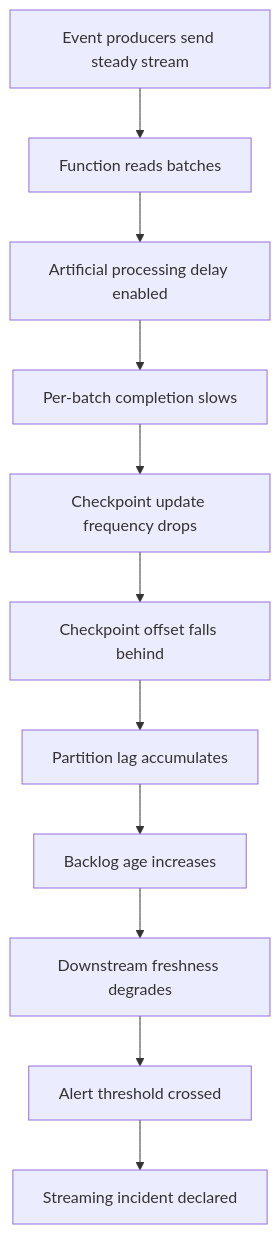
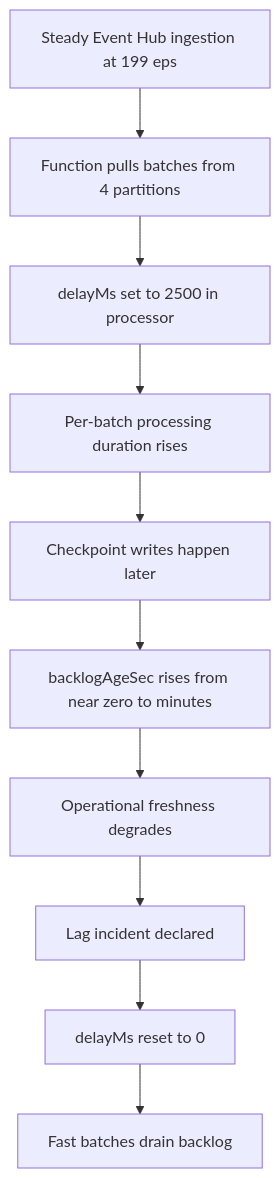
The first of 5 diagrams in docs/troubleshooting/lab-guides/event-hub-checkpoint-lag.md (yeongseon/azure-functions-practical-guide), drawn with Mermaid before and after one commit. The commit also changed other lines of this file and 21 other files, not shown here.

````diff
--- a/docs/troubleshooting/lab-guides/event-hub-checkpoint-lag.md
+++ b/docs/troubleshooting/lab-guides/event-hub-checkpoint-lag.md
@@ -28,13 +40,12 @@
 ```mermaid
 flowchart TD
-    A[Event producers send steady stream] --> B[Function reads batches]
-    B --> C[Artificial processing delay enabled]
-    C --> D[Per-batch completion slows]
-    D --> E[Checkpoint update frequency drops]
-    E --> F[Checkpoint offset falls behind]
-    F --> G[Partition lag accumulates]
-    G --> H[Backlog age increases]
-    H --> I[Downstream freshness degrades]
-    I --> J[Alert threshold crossed]
-    J --> K[Streaming incident declared]
+    A[Steady Event Hub ingestion at 199 eps] --> B[Function pulls batches from 4 partitions]
+    B --> C[delayMs set to 2500 in processor]
+    C --> D[Per-batch processing duration rises]
+    D --> E[Checkpoint writes happen later]
+    E --> F[backlogAgeSec rises from near zero to minutes]
+    F --> G[Operational freshness degrades]
+    G --> H[Lag incident declared]
+    H --> I[delayMs reset to 0]
+    I --> J[Fast batches drain backlog]
 ```
````
